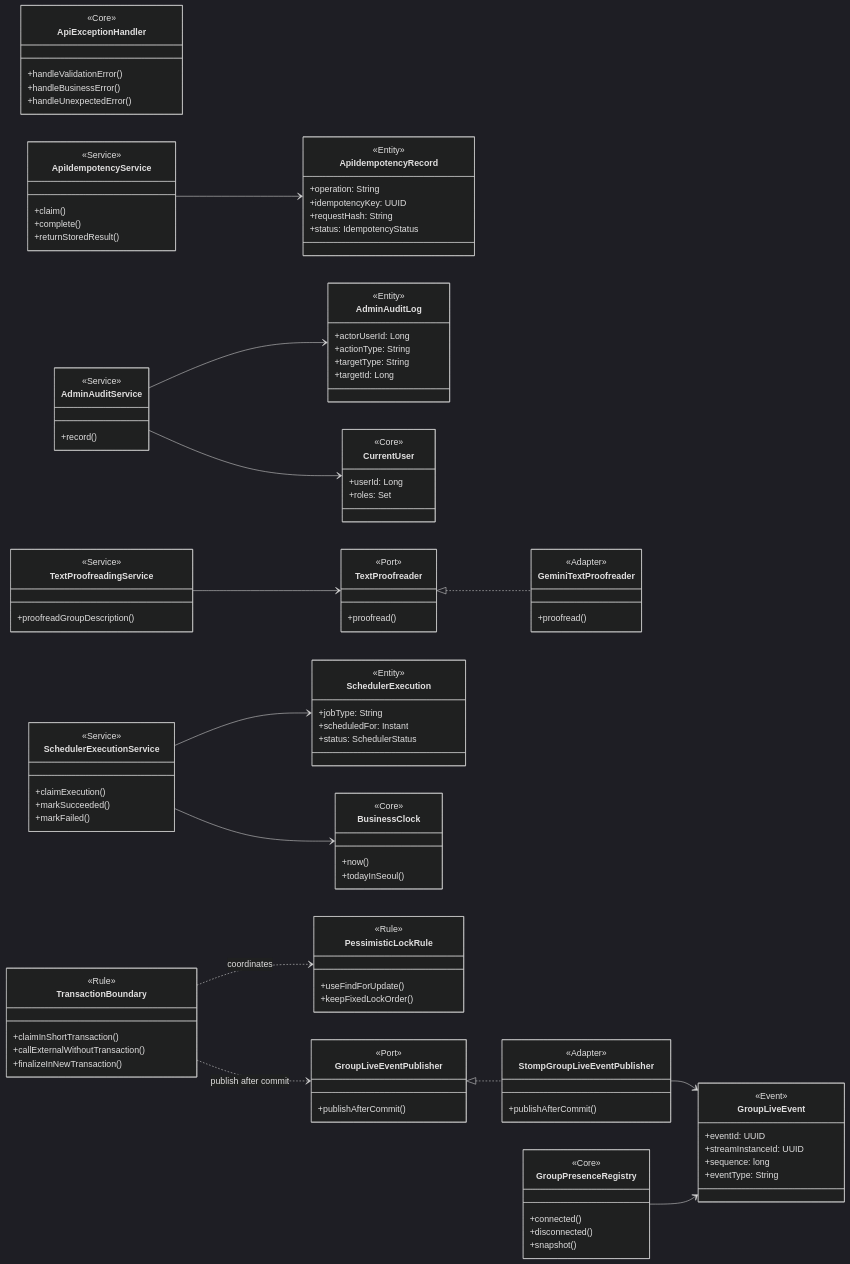
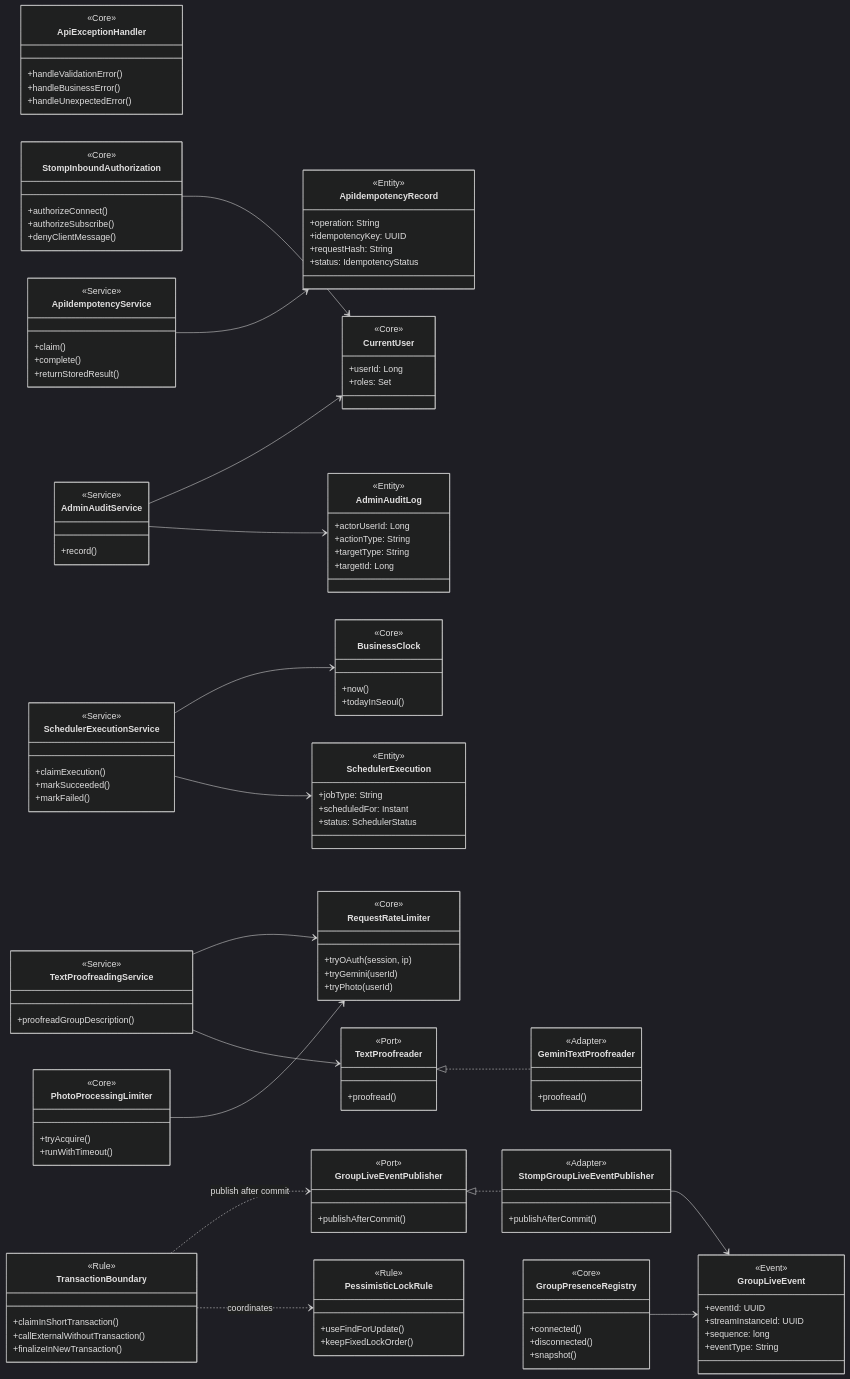
The fourth of 4 diagrams in docs/class-diagram.md (heebaek200/shared-creature-game), drawn with Mermaid (dark theme) before and after one commit. The commit also changed other lines of this file and 11 other files, not shown here.

```diff
--- a/docs/class-diagram.md
+++ b/docs/class-diagram.md
@@ -583,6 +601,23 @@
         +disconnected()
         +snapshot()
     }
+    class RequestRateLimiter {
+        <<Core>>
+        +tryOAuth(session, ip)
+        +tryGemini(userId)
+        +tryPhoto(userId)
+    }
+    class StompInboundAuthorization {
+        <<Core>>
+        +authorizeConnect()
+        +authorizeSubscribe()
+        +denyClientMessage()
+    }
+    class PhotoProcessingLimiter {
+        <<Core>>
+        +tryAcquire()
+        +runWithTimeout()
+    }
     class GroupLiveEvent {
         <<Event>>
         +eventId: UUID
@@ -622,7 +657,10 @@
     AdminAuditService --> AdminAuditLog
     ApiIdempotencyService --> ApiIdempotencyRecord
     TextProofreadingService --> TextProofreader
+    TextProofreadingService --> RequestRateLimiter
     TextProofreader <|.. GeminiTextProofreader
+    StompInboundAuthorization --> CurrentUser
+    PhotoProcessingLimiter --> RequestRateLimiter
     SchedulerExecutionService --> BusinessClock
     AdminAuditService --> CurrentUser
     TransactionBoundary ..> PessimisticLockRule : coordinates
```
